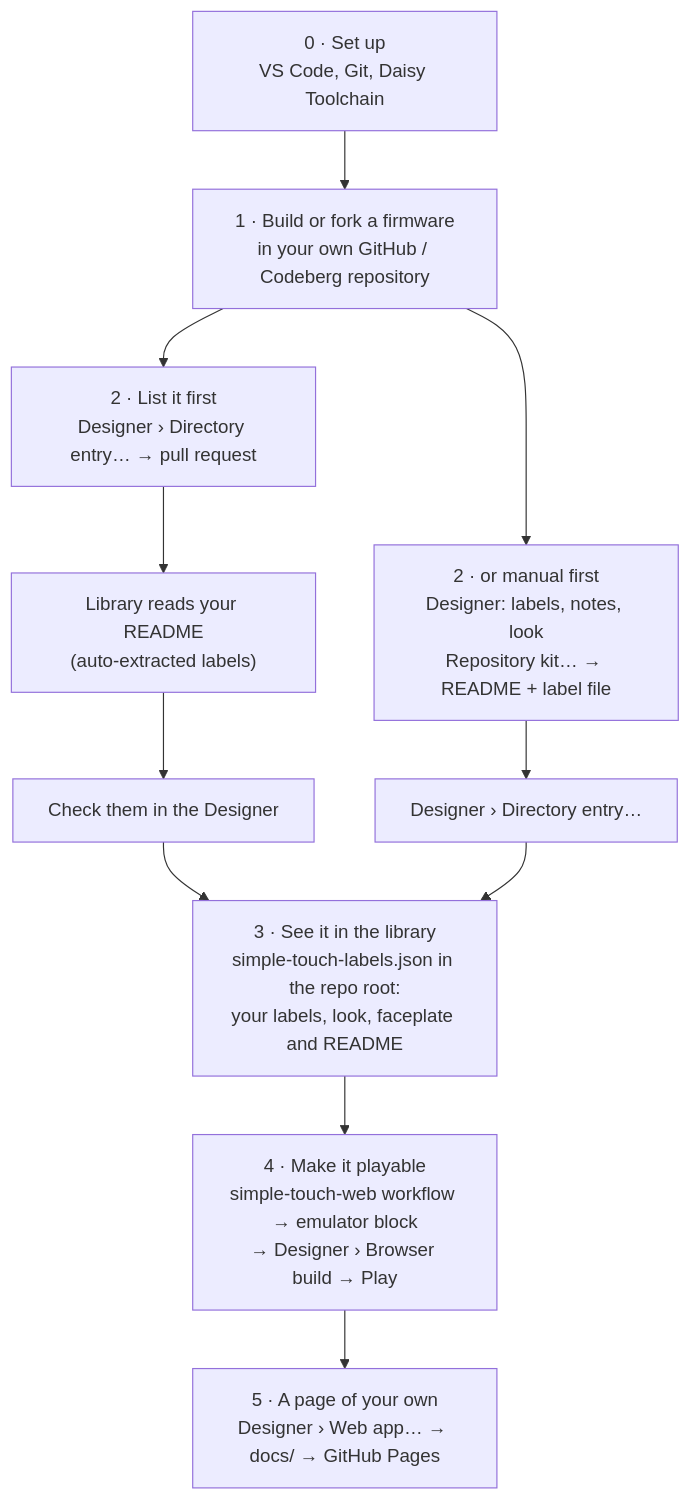
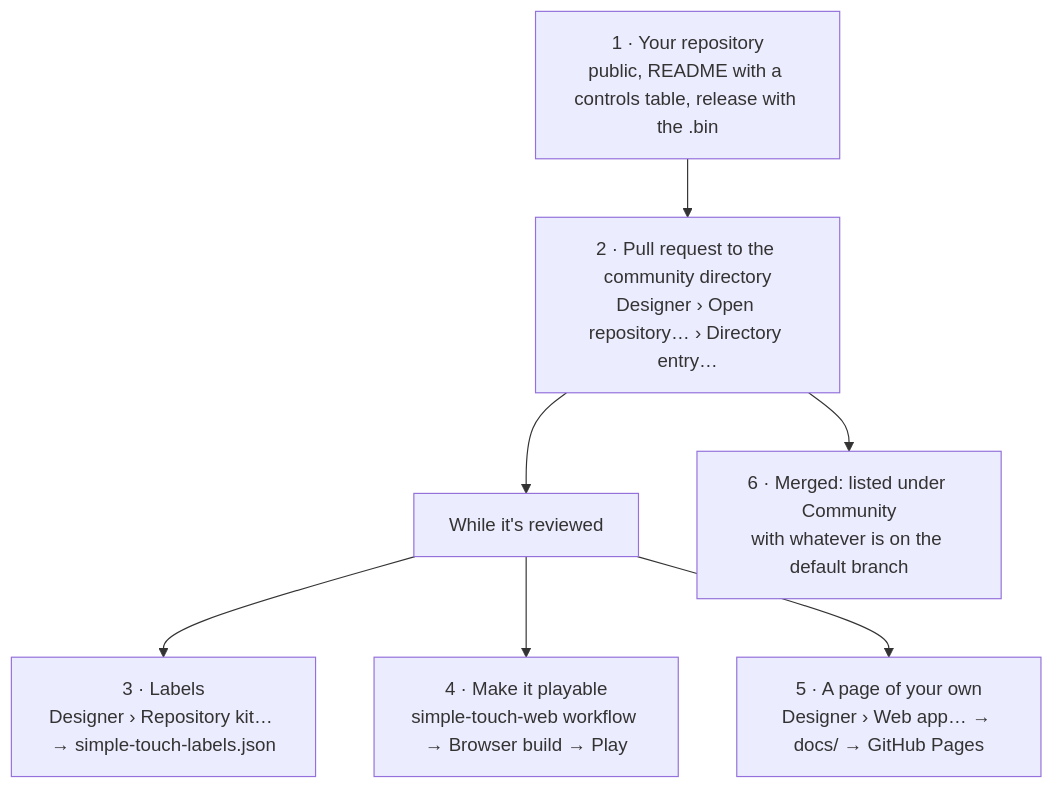
The diagram in README.md (jonwaterschoot/simple-touch-labels), drawn with Mermaid before and after one commit. The commit also changed other lines of this file and 4 other files, not shown here.

````diff
--- a/README.md
+++ b/README.md
@@ -20,13 +20,9 @@
 ```mermaid
 flowchart TD
-    S0["0 · Set up<br/>VS Code, Git, Daisy Toolchain"] --> S1["1 · Build or fork a firmware<br/>in your own GitHub / Codeberg repository"]
-    S1 --> A["2 · List it first<br/>Designer › Directory entry… → pull request"]
-    S1 --> B["2 · or manual first<br/>Designer: labels, notes, look<br/>Repository kit… → README + label file"]
-    A --> AX["Library reads your README<br/>(auto-extracted labels)"]
-    AX --> AC["Check them in the Designer"]
-    B --> BD["Designer › Directory entry…"]
-    AC --> S3
-    BD --> S3["3 · See it in the library<br/>simple-touch-labels.json in the repo root:<br/>your labels, look, faceplate and README"]
-    S3 --> S4["4 · Make it playable<br/>simple-touch-web workflow → emulator block<br/>→ Designer › Browser build → Play"]
-    S4 --> S5["5 · A page of your own<br/>Designer › Web app… → docs/ → GitHub Pages"]
+    S1["1 · Your repository<br/>public, README with a controls table, release with the .bin"] --> S2["2 · Pull request to the community directory<br/>Designer › Open repository… › Directory entry…"]
+    S2 --> W["While it's reviewed"]
+    W --> S3["3 · Labels<br/>Designer › Repository kit… → simple-touch-labels.json"]
+    W --> S4["4 · Make it playable<br/>simple-touch-web workflow → Browser build → Play"]
+    W --> S5["5 · A page of your own<br/>Designer › Web app… → docs/ → GitHub Pages"]
+    S2 --> S6["6 · Merged: listed under Community<br/>with whatever is on the default branch"]
 ```
````
